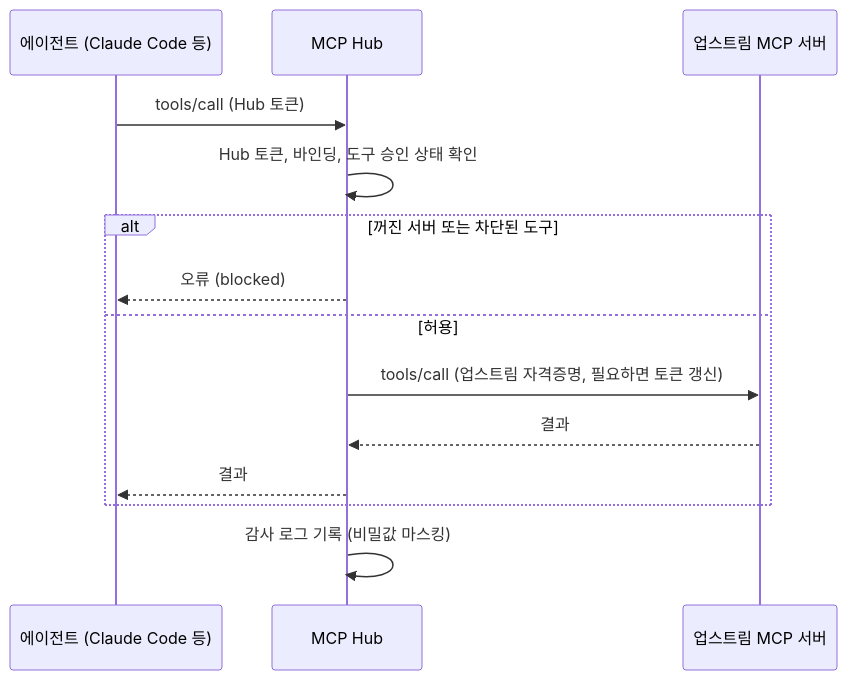
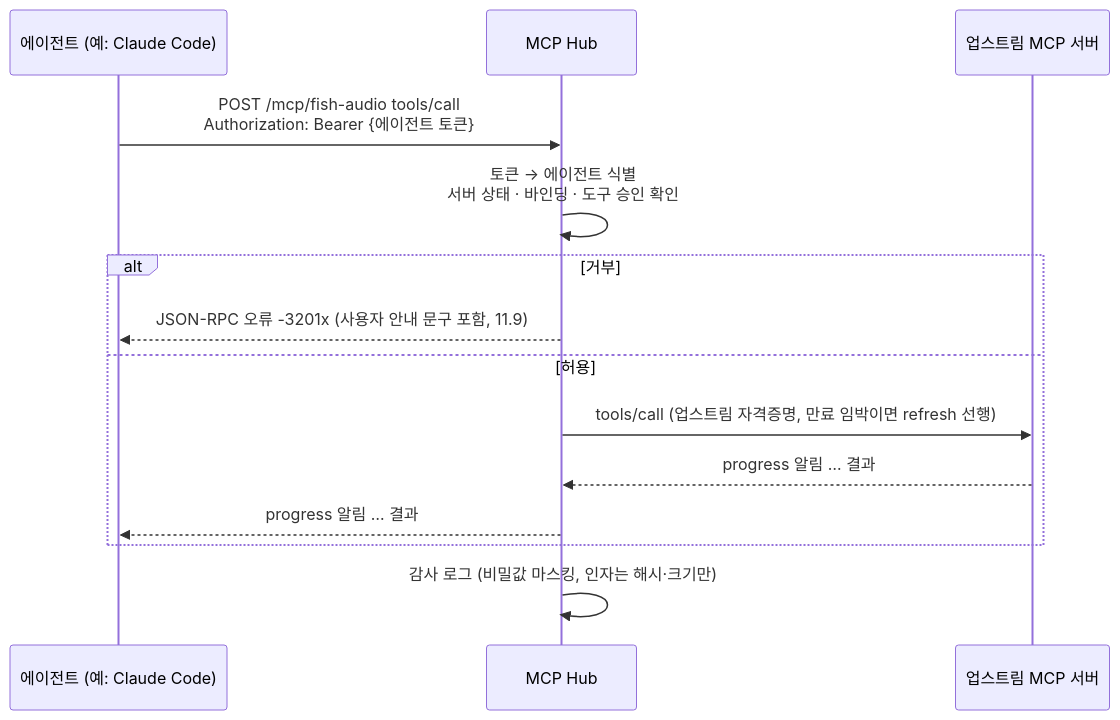
Before and after one commit to minBuild/omnicode: the second of 4 diagrams in docs/design/0001-mcp-management.md, drawn with Mermaid. The commit also changed other lines of this file, not shown here.

First line of the commit message:
docs: MCP 화면 관리 설계문서 개정 1

````diff
--- a/docs/design/0001-mcp-management.md
+++ b/docs/design/0001-mcp-management.md
@@ -151,17 +180,17 @@
 ```mermaid
 sequenceDiagram
-    participant A as 에이전트 (Claude Code 등)
+    participant A as 에이전트 (예: Claude Code)
     participant H as MCP Hub
     participant M as 업스트림 MCP 서버
 
-    A->>H: tools/call (Hub 토큰)
-    H->>H: Hub 토큰, 바인딩, 도구 승인 상태 확인
-    alt 꺼진 서버 또는 차단된 도구
-        H-->>A: 오류 (blocked)
+    A->>H: POST /mcp/fish-audio tools/call<br/>Authorization: Bearer {에이전트 토큰}
+    H->>H: 토큰 → 에이전트 식별<br/>서버 상태 · 바인딩 · 도구 승인 확인
+    alt 거부
+        H-->>A: JSON-RPC 오류 -3201x (사용자 안내 문구 포함, 11.9)
     else 허용
-        H->>M: tools/call (업스트림 자격증명, 필요하면 토큰 갱신)
-        M-->>H: 결과
-        H-->>A: 결과
+        H->>M: tools/call (업스트림 자격증명, 만료 임박이면 refresh 선행)
+        M-->>H: progress 알림 … 결과
+        H-->>A: progress 알림 … 결과
     end
-    H->>H: 감사 로그 기록 (비밀값 마스킹)
+    H->>H: 감사 로그 (비밀값 마스킹, 인자는 해시·크기만)
 ```
````
